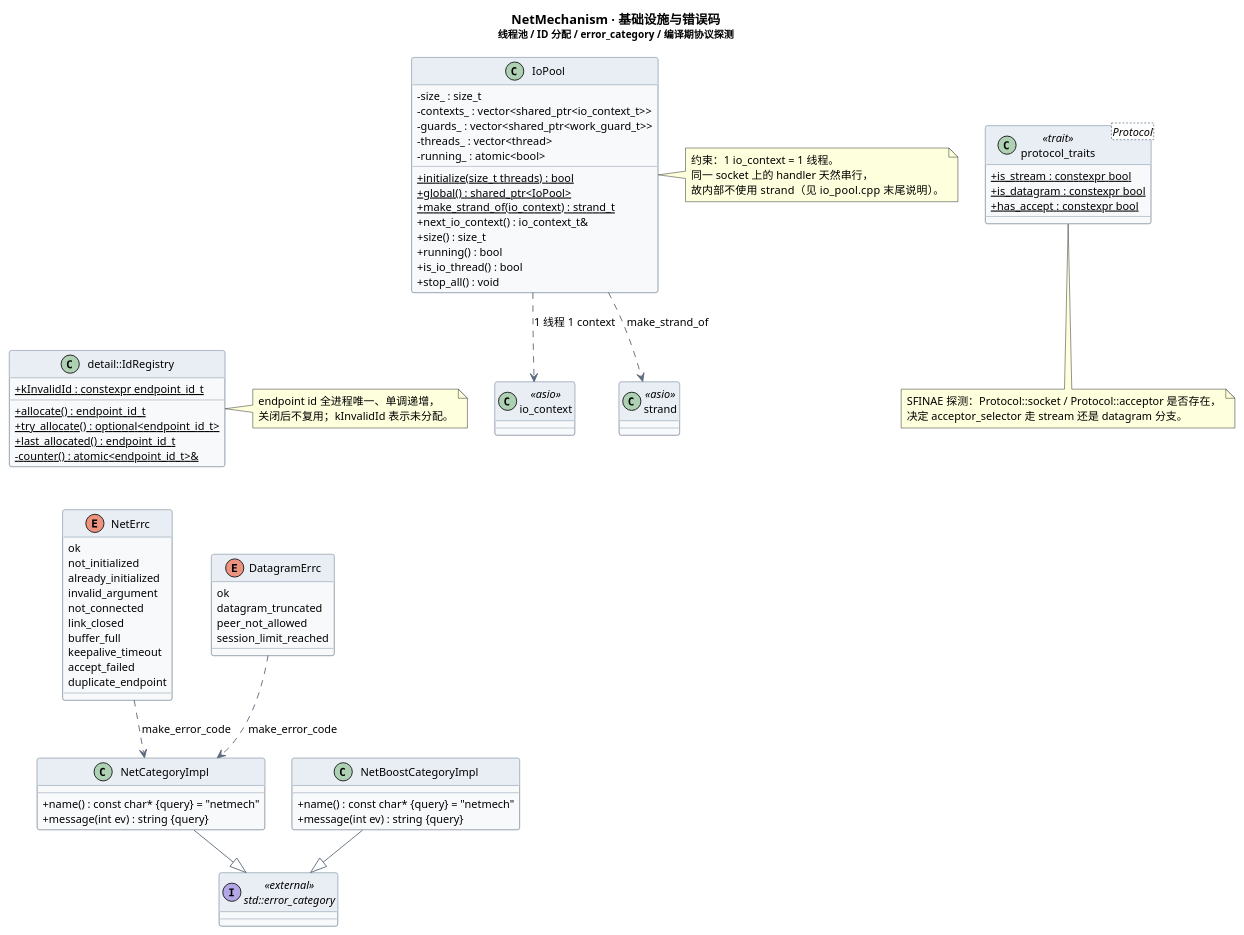
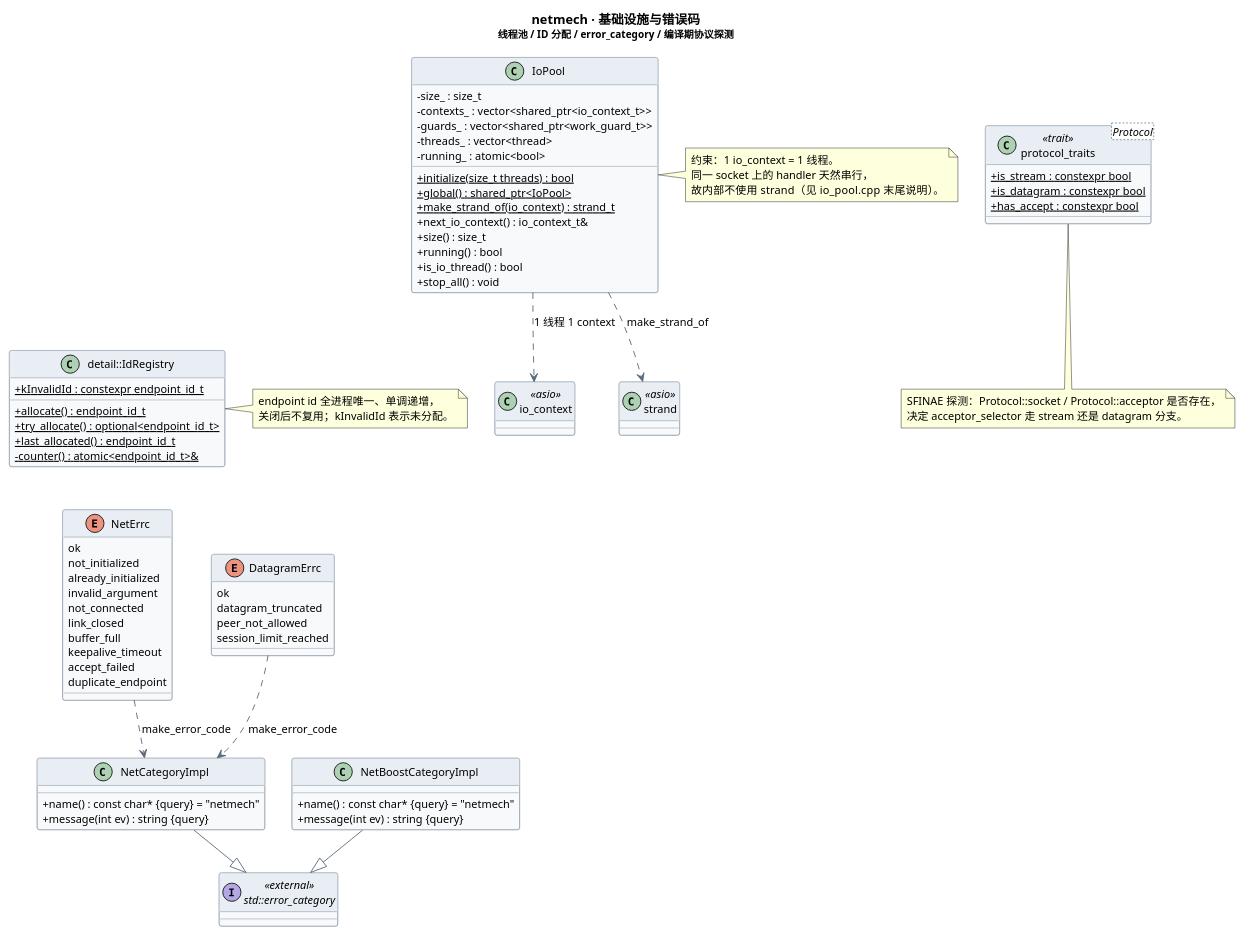
One commit to goldhalo/netmech changed the diagram in docs/design/03_support.puml. Above: the diagram before and after it, drawn with PlantUML. The commit also changed 59 other files, not shown here.

```diff
--- a/docs/design/03_support.puml
+++ b/docs/design/03_support.puml
@@ -1,111 +1,111 @@
 @startuml netmech_support
-' NetMechanism · 基础设施与错误码
+' netmech · 基础设施与错误码
 skinparam backgroundColor #FFFFFF
 skinparam defaultFontName "Microsoft YaHei"
 skinparam defaultFontSize 12
 skinparam classAttributeIconSize 0
 skinparam shadowing false
 skinparam nodesep 30
 skinparam ranksep 45
 skinparam ArrowColor #5B6B7B
 skinparam ClassBorderColor #7A8B9A
 skinparam ClassBackgroundColor #F7F9FB
 skinparam ClassHeaderBackgroundColor #E8EEF4
 
-title NetMechanism · 基础设施与错误码\n<size:11>线程池 / ID 分配 / error_category / 编译期协议探测</size>
+title netmech · 基础设施与错误码\n<size:11>线程池 / ID 分配 / error_category / 编译期协议探测</size>
 
 class IoPool {
     -size_ : size_t
     -contexts_ : vector<shared_ptr<io_context_t>>
     -guards_ : vector<shared_ptr<work_guard_t>>
     -threads_ : vector<thread>
     -running_ : atomic<bool>
     +{static} initialize(size_t threads) : bool
     +{static} global() : shared_ptr<IoPool>
     +{static} make_strand_of(io_context) : strand_t
     +next_io_context() : io_context_t&
     +size() : size_t
     +running() : bool
     +is_io_thread() : bool
     +stop_all() : void
 }
 
 class "detail::IdRegistry" as IdRegistry {
     +{static} kInvalidId : constexpr endpoint_id_t
     +{static} allocate() : endpoint_id_t
     +{static} try_allocate() : optional<endpoint_id_t>
     +{static} last_allocated() : endpoint_id_t
     -{static} counter() : atomic<endpoint_id_t>&
 }
 
 enum NetErrc {
     ok
     not_initialized
     already_initialized
     invalid_argument
     not_connected
     link_closed
     buffer_full
     keepalive_timeout
     accept_failed
     duplicate_endpoint
 }
 
 enum DatagramErrc {
     ok
     datagram_truncated
     peer_not_allowed
     session_limit_reached
 }
 
 class NetCategoryImpl {
     +name() : const char* {query} = "netmech"
     +message(int ev) : string {query}
 }
 
 class NetBoostCategoryImpl {
     +name() : const char* {query} = "netmech"
     +message(int ev) : string {query}
 }
 
 interface "std::error_category" as StdCategory <<external>>
 class "io_context" as IoCtx <<asio>>
 class "strand" as Strand <<asio>>
 
 class "protocol_traits<Protocol>" as ProtocolTraits <<trait>> {
     +{static} is_stream : constexpr bool
     +{static} is_datagram : constexpr bool
     +{static} has_accept : constexpr bool
 }
 
 IoPool -[hidden]down- IdRegistry
 IdRegistry -[hidden]down- NetErrc
 NetErrc -[hidden]down- NetCategoryImpl
 
 ' ---- 错误码 ----
 NetErrc ..> NetCategoryImpl : make_error_code
 DatagramErrc ..> NetCategoryImpl : make_error_code
 NetCategoryImpl --|> StdCategory
 NetBoostCategoryImpl --|> StdCategory
 
 ' ---- 线程模型 ----
 IoPool ..> IoCtx : 1 线程 1 context
 IoPool ..> Strand : make_strand_of
 
 note right of IoPool
   约束：1 io_context = 1 线程。
   同一 socket 上的 handler 天然串行，
   故内部不使用 strand（见 io_pool.cpp 末尾说明）。
 end note
 
 note right of IdRegistry
   endpoint id 全进程唯一、单调递增，
   关闭后不复用；kInvalidId 表示未分配。
 end note
 
 note bottom of ProtocolTraits
   SFINAE 探测：Protocol::socket / Protocol::acceptor 是否存在，
   决定 acceptor_selector 走 stream 还是 datagram 分支。
 end note
 
 @enduml
```
